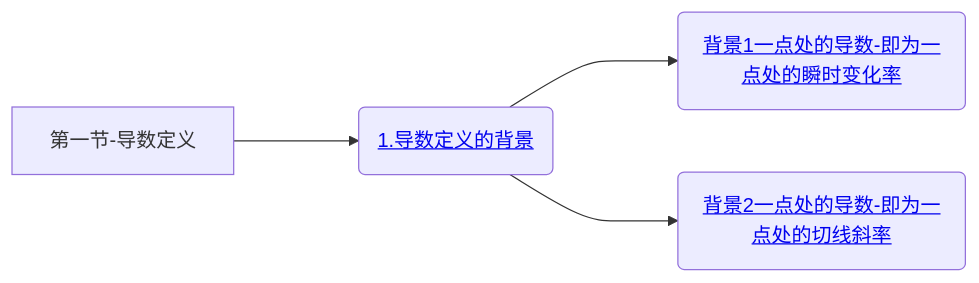
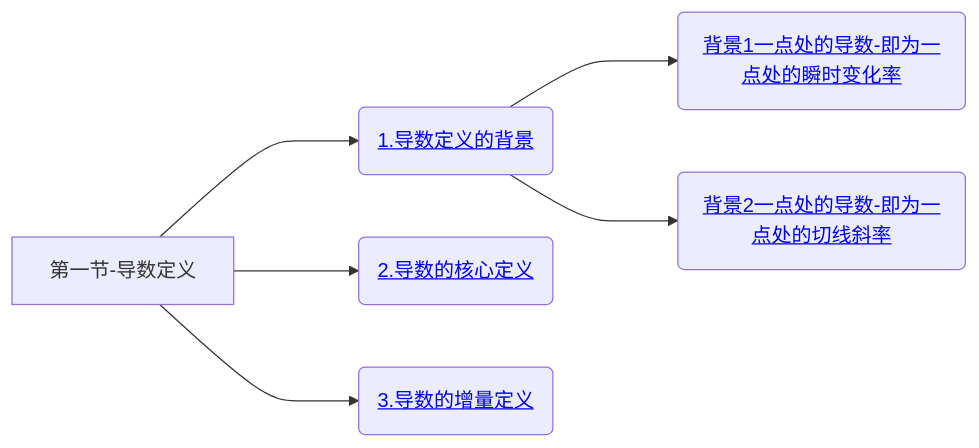
Diagram 11 of 11 in 笔记/数学/周洋鑫/01.基础班思维导图.md (yuebinghui/note), drawn with Mermaid before and after one commit. The commit also changed 17 other files, not shown here.

````diff
--- a/笔记/数学/周洋鑫/01.基础班思维导图.md
+++ b/笔记/数学/周洋鑫/01.基础班思维导图.md
@@ -400,8 +400,11 @@
 ```mermaid
 graph LR
 第一节-导数定义
 
 第一节-导数定义--->1.导数定义的背景(<a href="/Users/yuebinghui/Documents/program/github/note/笔记/数学/周洋鑫/基础班/10.连续与间断_导数定义_1.md#1.导数定义的背景">1.导数定义的背景</>)
 1.导数定义的背景--->背景1一点处的导数-即为一点处的瞬时变化率(<a href="/Users/yuebinghui/Documents/program/github/note/笔记/数学/周洋鑫/基础班/10.连续与间断_导数定义_1.md#背景1一点处的导数-即为一点处的瞬时变化率">背景1一点处的导数-即为一点处的瞬时变化率</>)
 1.导数定义的背景--->背景2一点处的导数-即为一点处的切线斜率(<a href="/Users/yuebinghui/Documents/program/github/note/笔记/数学/周洋鑫/基础班/10.连续与间断_导数定义_1.md#背景2一点处的导数-即为一点处的切线斜率">背景2一点处的导数-即为一点处的切线斜率</>)
+
+第一节-导数定义--->2.导数的核心定义(<a href="/Users/yuebinghui/Documents/program/github/note/笔记/数学/周洋鑫/基础班/10.连续与间断_导数定义_1.md#2.导数的核心定义">2.导数的核心定义</>)
+第一节-导数定义--->3.导数的增量定义(<a href="/Users/yuebinghui/Documents/program/github/note/笔记/数学/周洋鑫/基础班/10.连续与间断_导数定义_1.md#3.导数的增量定义">3.导数的增量定义</>)
 ```
````
